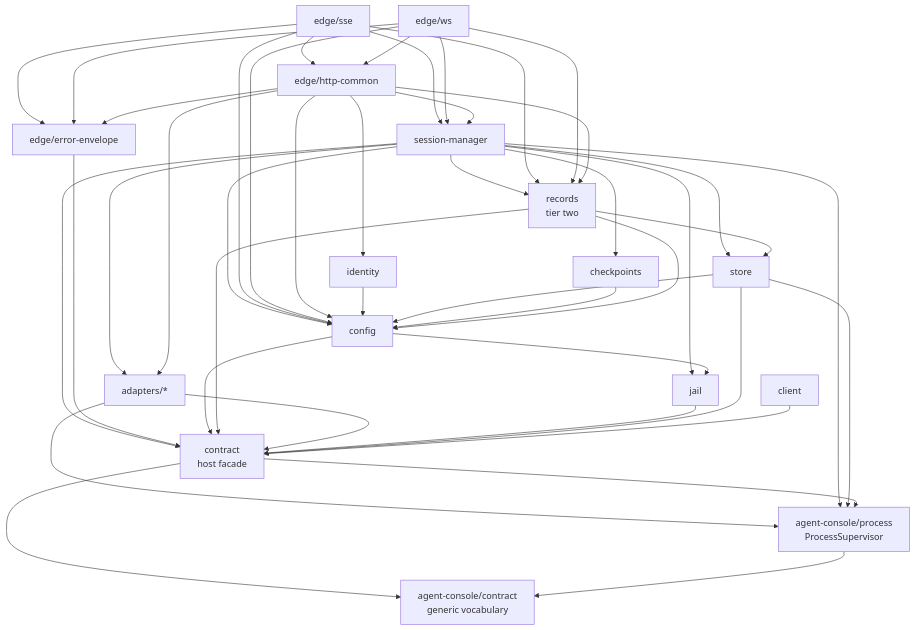
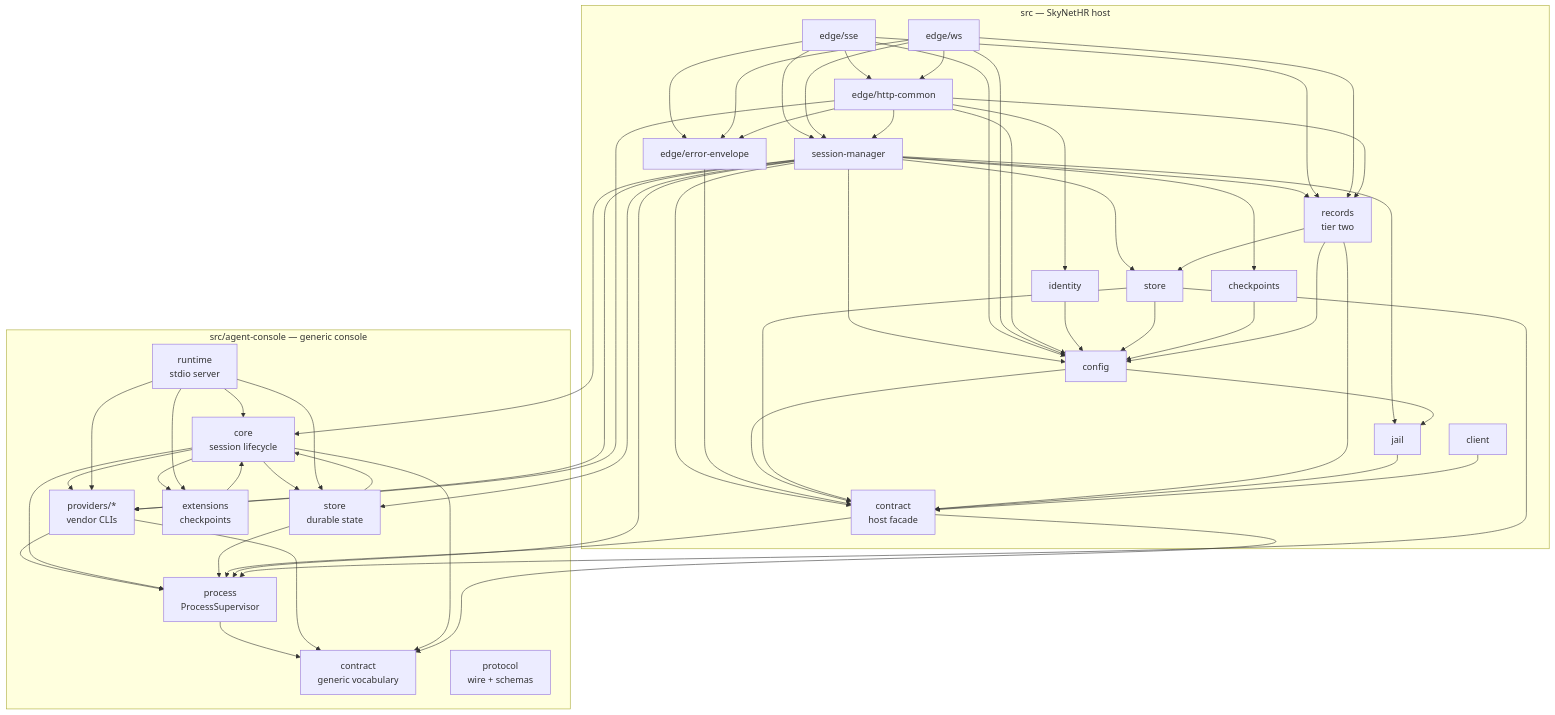
One commit to The-Running-Dev/SubZeroDev.SkyNetHR changed the second of 2 diagrams in design/10-design.md. Above: the diagram before and after it, drawn with Mermaid. The commit also changed other lines of this file and 2 other files, not shown here.

First line of the commit message:
reconcile: bring 10-design.md up to the AgentConsole extraction (D242) (#384)

````diff
--- a/design/10-design.md
+++ b/design/10-design.md
@@ -1007,30 +1012,59 @@
 ```mermaid
 flowchart TD
-    CT["contract<br/>host facade"]
-    AC["agent-console/contract<br/>generic vocabulary"]
-    CF["config"]
-    ID["identity"]
-    JL["jail"]
-    ST["store"]
-    CK["checkpoints"]
-    AD["adapters/*"]
-    PS["agent-console/process<br/>ProcessSupervisor"]
-    RC["records<br/>tier two"]
-    SM["session-manager"]
-    HC["edge/http-common"]
-    EE["edge/error-envelope"]
-    EH["edge/sse"]
-    EW["edge/ws"]
-    CL["client"]
+    subgraph generic["src/agent-console — generic console"]
+      AC["contract<br/>generic vocabulary"]
+      PS["process<br/>ProcessSupervisor"]
+      PV["providers/*<br/>vendor CLIs"]
+      CO["core<br/>session lifecycle"]
+      AS["store<br/>durable state"]
+      EX["extensions<br/>checkpoints"]
+      RT["runtime<br/>stdio server"]
+      PR["protocol<br/>wire + schemas"]
+    end
+    subgraph host["src — SkyNetHR host"]
+      CT["contract<br/>host facade"]
+      CF["config"]
+      ID["identity"]
+      JL["jail"]
+      ST["store"]
+      CK["checkpoints"]
+      RC["records<br/>tier two"]
+      SM["session-manager"]
+      HC["edge/http-common"]
+      EE["edge/error-envelope"]
+      EH["edge/sse"]
+      EW["edge/ws"]
+      CL["client"]
+    end
+
+    PS --> AC
+    PV --> AC
+    PV --> PS
+    CO --> AC
+    CO --> PS
+    CO --> PV
+    CO --> AS
+    CO --> EX
+    AS --> CO
+    AS --> PS
+    EX --> CO
+    RT --> CO
+    RT --> AS
+    RT --> PV
+    RT --> EX
 
     CT --> AC
+    CT --> PS
+    SM --> CO
+    SM --> AS
     SM --> JL
     SM --> ST
     SM --> CK
-    SM --> AD
+    SM --> PV
     SM --> RC
     SM --> CT
     SM --> CF
+    SM --> PS
     EH --> HC
     EH --> EE
     EH --> SM
@@ -1046,23 +1080,18 @@
     HC --> RC
     HC --> ID
     HC --> CF
-    HC --> AD
+    HC --> PV
     EE --> CT
     ID --> CF
     CF --> JL
     CF --> CT
     ST --> CF
+    ST --> CT
+    ST --> PS
     CK --> CF
     RC --> ST
     RC --> CF
     RC --> CT
-    AD --> CT
-    AD --> PS
-    SM --> PS
-    ST --> PS
-    CT --> PS
-    PS --> AC
     JL --> CT
-    ST --> CT
     CL --> CT
 ```
````
